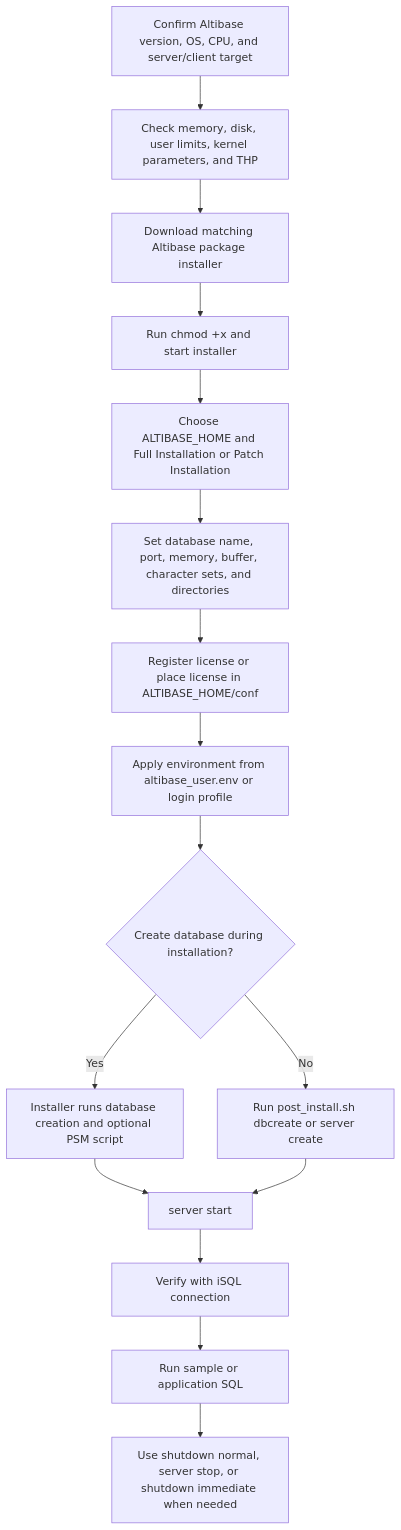
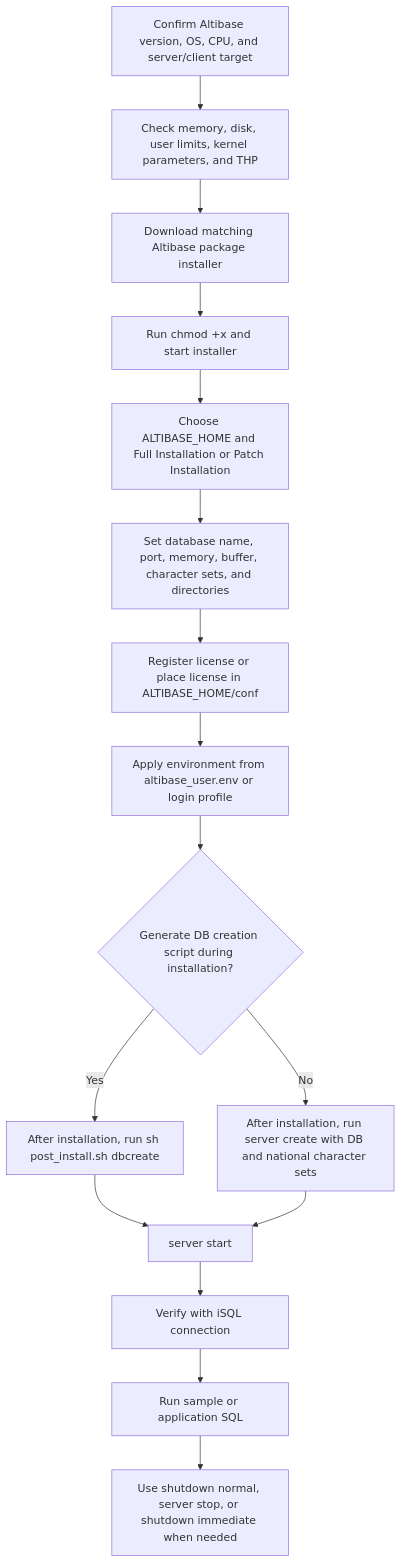
Before and after one commit to et16kr/AltibaseDocuments: the first of 2 diagrams in GPTs/attachments/01_getting_started_installation.md, drawn with Mermaid. The commit also changed other lines of this file and 5 other files, not shown here.

First line of the commit message:
Review/remediate R11: Installation, startup/shutdown, first-run check...

````diff
--- a/GPTs/attachments/01_getting_started_installation.md
+++ b/GPTs/attachments/01_getting_started_installation.md
@@ -32,18 +32,18 @@
 ```mermaid
 flowchart TD
   A[Confirm Altibase version, OS, CPU, and server/client target] --> B[Check memory, disk, user limits, kernel parameters, and THP]
   B --> C[Download matching Altibase package installer]
   C --> D[Run chmod +x and start installer]
   D --> E[Choose ALTIBASE_HOME and Full Installation or Patch Installation]
   E --> F[Set database name, port, memory, buffer, character sets, and directories]
   F --> G[Register license or place license in ALTIBASE_HOME/conf]
   G --> H[Apply environment from altibase_user.env or login profile]
-  H --> I{Create database during installation?}
-  I -- Yes --> J[Installer runs database creation and optional PSM script]
-  I -- No --> K[Run post_install.sh dbcreate or server create]
+  H --> I{Generate DB creation script during installation?}
+  I -- Yes --> J[After installation, run sh post_install.sh dbcreate]
+  I -- No --> K[After installation, run server create with DB and national character sets]
   J --> L[server start]
   K --> L
   L --> M[Verify with iSQL connection]
   M --> N[Run sample or application SQL]
   N --> O[Use shutdown normal, server stop, or shutdown immediate when needed]
 ```
````
